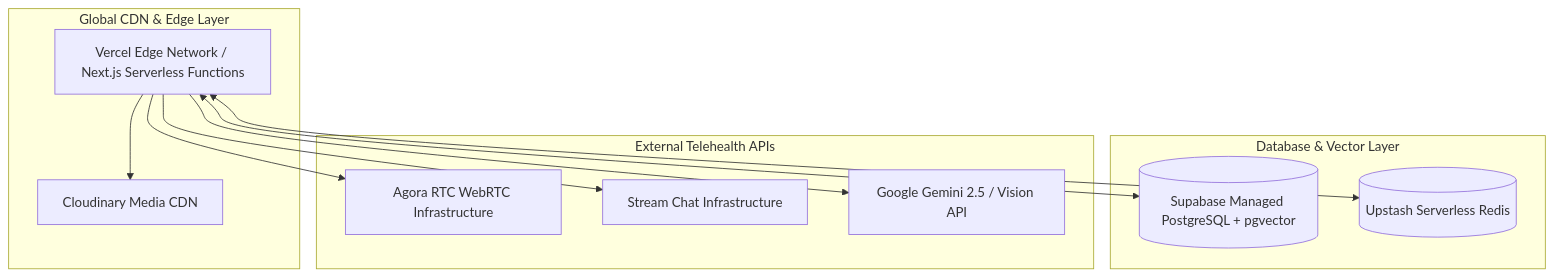
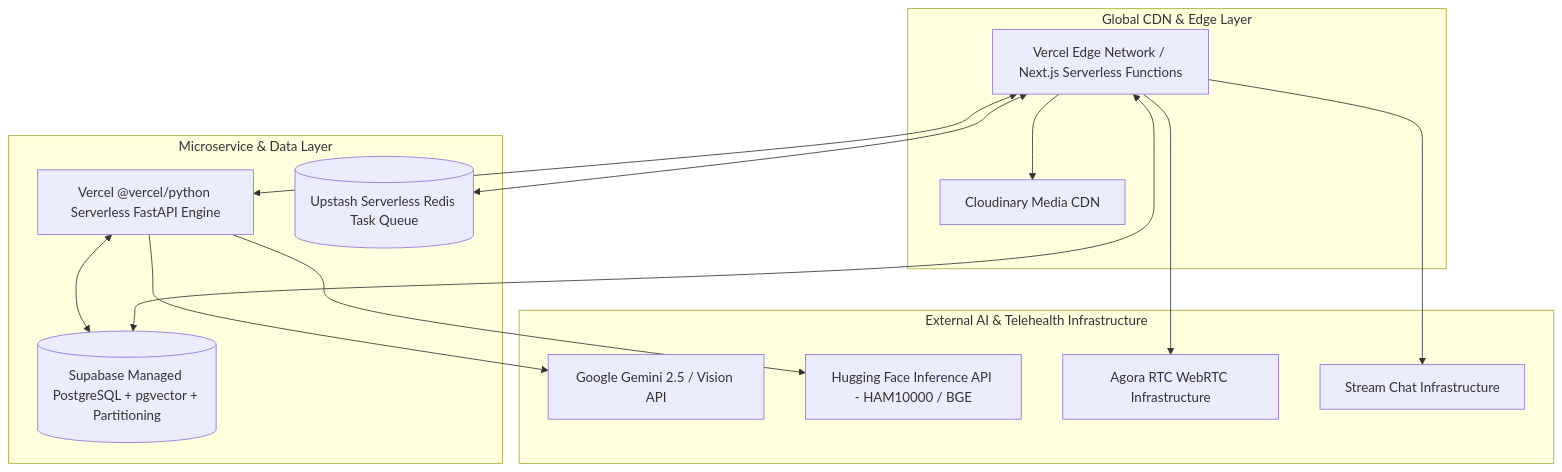
Before and after one commit to salman-momin08/dermiassist: the third of 12 diagrams in README.md, drawn with Mermaid. The commit also changed other lines of this file and 2 other files, not shown here.

Commit message:
feat: update Project Details page (https://dermiassist.live/project-details) and README with full polyglot architecture, Hugging Face models, and system design features

````diff
--- a/README.md
+++ b/README.md
@@ -166,25 +174,30 @@
 ```mermaid
 graph TB
     subgraph Global CDN & Edge Layer
         Vercel[Vercel Edge Network / Next.js Serverless Functions]
         CloudinaryCDN[Cloudinary Media CDN]
     end
     
-    subgraph Database & Vector Layer
-        SupabaseDB[(Supabase Managed PostgreSQL + pgvector)]
-        Upstash[(Upstash Serverless Redis)]
+    subgraph Microservice & Data Layer
+        VercelFastAPI[Vercel @vercel/python Serverless FastAPI Engine]
+        SupabaseDB[(Supabase Managed PostgreSQL + pgvector + Partitioning)]
+        Upstash[(Upstash Serverless Redis Task Queue)]
     end
     
-    subgraph External Telehealth APIs
+    subgraph External AI & Telehealth Infrastructure
+        GeminiAPI[Google Gemini 2.5 / Vision API]
+        HuggingFaceAPI[Hugging Face Inference API - HAM10000 / BGE]
         AgoraAPI[Agora RTC WebRTC Infrastructure]
         StreamAPI[Stream Chat Infrastructure]
-        GeminiAPI[Google Gemini 2.5 / Vision API]
     end
     
+    Vercel <--> VercelFastAPI
     Vercel <--> SupabaseDB
     Vercel <--> Upstash
+    VercelFastAPI --> GeminiAPI
+    VercelFastAPI --> HuggingFaceAPI
+    VercelFastAPI <--> SupabaseDB
     Vercel --> CloudinaryCDN
-    Vercel --> GeminiAPI
     Vercel --> StreamAPI
     Vercel --> AgoraAPI
 ```
````
